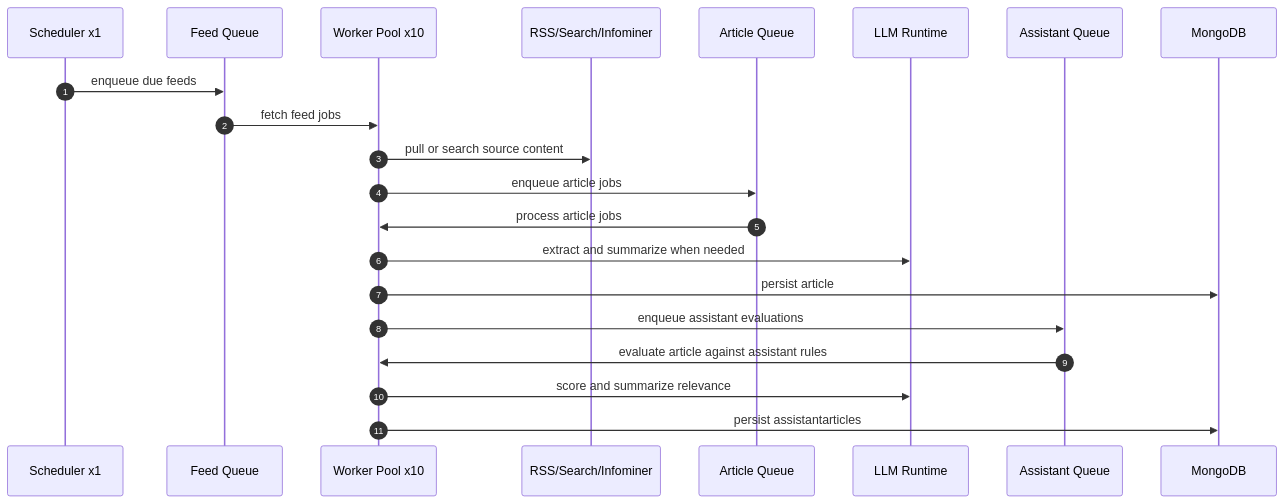
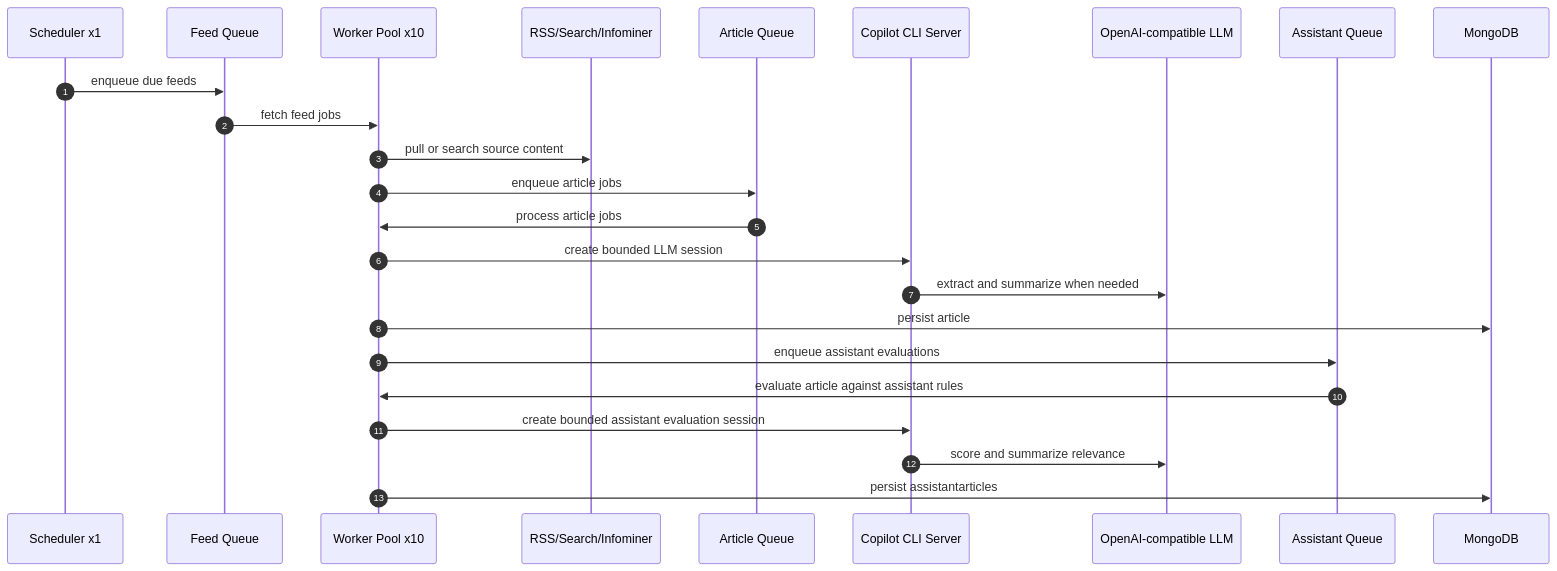
The fifth of 17 diagrams in production-resource-architecture-proposal.md (chunkai1312/temp), drawn with Mermaid before and after one commit. The commit also changed other lines of this file, not shown here.

````diff
--- a/production-resource-architecture-proposal.md
+++ b/production-resource-architecture-proposal.md
@@ -172,24 +188,27 @@
 ```mermaid
 sequenceDiagram
   autonumber
   participant S as Scheduler x1
   participant FQ as Feed Queue
   participant W as Worker Pool x10
   participant SRC as RSS/Search/Infominer
   participant AQ as Article Queue
-  participant LLM as LLM Runtime
+  participant CLI as Copilot CLI Server
+  participant LLM as OpenAI-compatible LLM
   participant ASQ as Assistant Queue
   participant DB as MongoDB
 
   S->>FQ: enqueue due feeds
   FQ->>W: fetch feed jobs
   W->>SRC: pull or search source content
   W->>AQ: enqueue article jobs
   AQ->>W: process article jobs
-  W->>LLM: extract and summarize when needed
+  W->>CLI: create bounded LLM session
+  CLI->>LLM: extract and summarize when needed
   W->>DB: persist article
   W->>ASQ: enqueue assistant evaluations
   ASQ->>W: evaluate article against assistant rules
-  W->>LLM: score and summarize relevance
+  W->>CLI: create bounded assistant evaluation session
+  CLI->>LLM: score and summarize relevance
   W->>DB: persist assistantarticles
 ```
````
